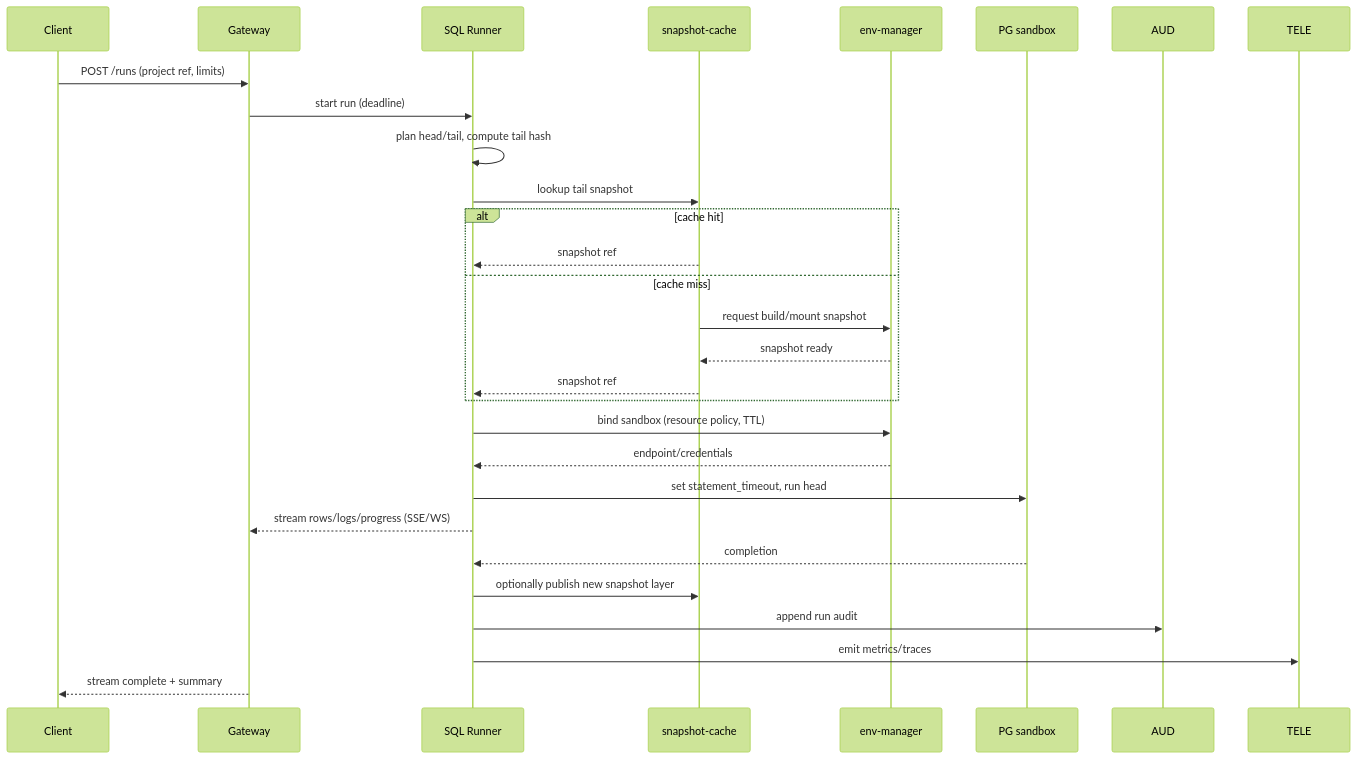
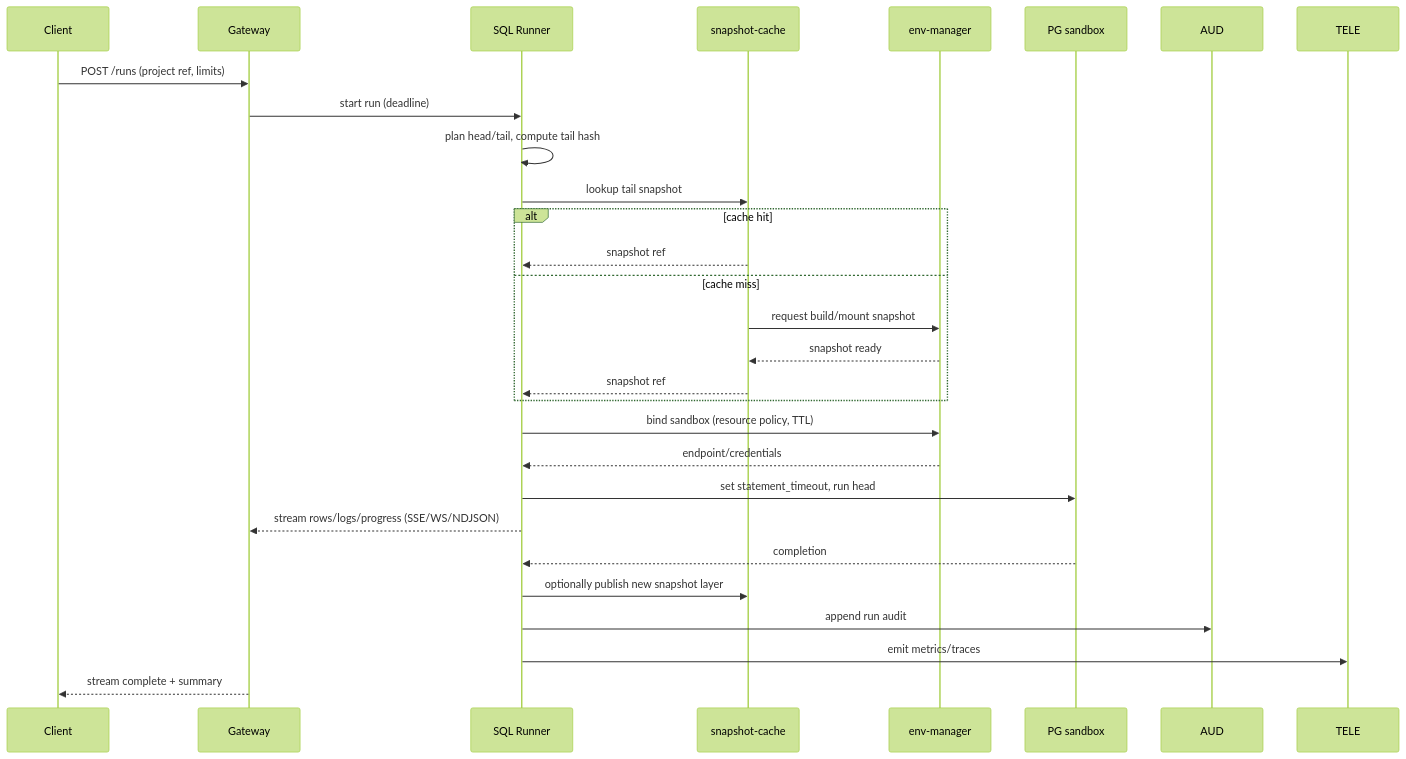
One commit to kimak-irmagi/taidon changed the second of 2 diagrams in docs/architecture/sql-runner-api.RU.md. Above: the diagram before and after it, drawn with Mermaid (forest theme). The commit also changed other lines of this file and 10 other files, not shown here.

````diff
--- a/docs/architecture/sql-runner-api.RU.md
+++ b/docs/architecture/sql-runner-api.RU.md
@@ -51,30 +51,30 @@
 ```mermaid
 sequenceDiagram
   participant C as Client
   participant GW as Gateway
   participant SR as SQL Runner
   participant SC as snapshot-cache
   participant EM as env-manager
   participant DB as PG sandbox
 
   C->>GW: POST /runs (project ref, limits)
   GW->>SR: start run (deadline)
   SR->>SR: plan head/tail, compute tail hash
   SR->>SC: lookup tail snapshot
   alt cache hit
     SC-->>SR: snapshot ref
   else cache miss
     SC->>EM: request build/mount snapshot
     EM-->>SC: snapshot ready
     SC-->>SR: snapshot ref
   end
   SR->>EM: bind sandbox (resource policy, TTL)
   EM-->>SR: endpoint/credentials
   SR->>DB: set statement_timeout, run head
-  SR-->>GW: stream rows/logs/progress (SSE/WS)
+  SR-->>GW: stream rows/logs/progress (SSE/WS/NDJSON)
   DB-->>SR: completion
   SR->>SC: optionally publish new snapshot layer
   SR->>AUD: append run audit
   SR->>TELE: emit metrics/traces
   GW-->>C: stream complete + summary
 ```
````
